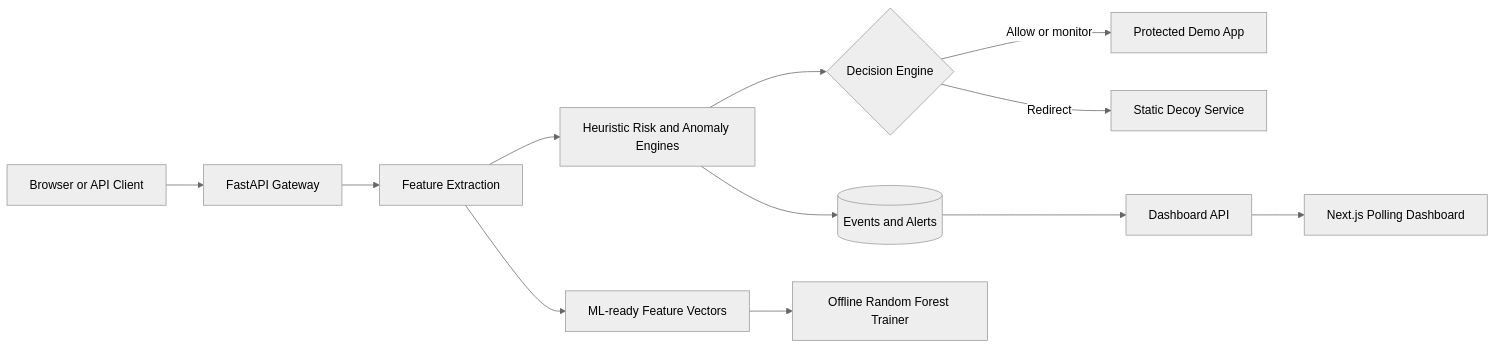
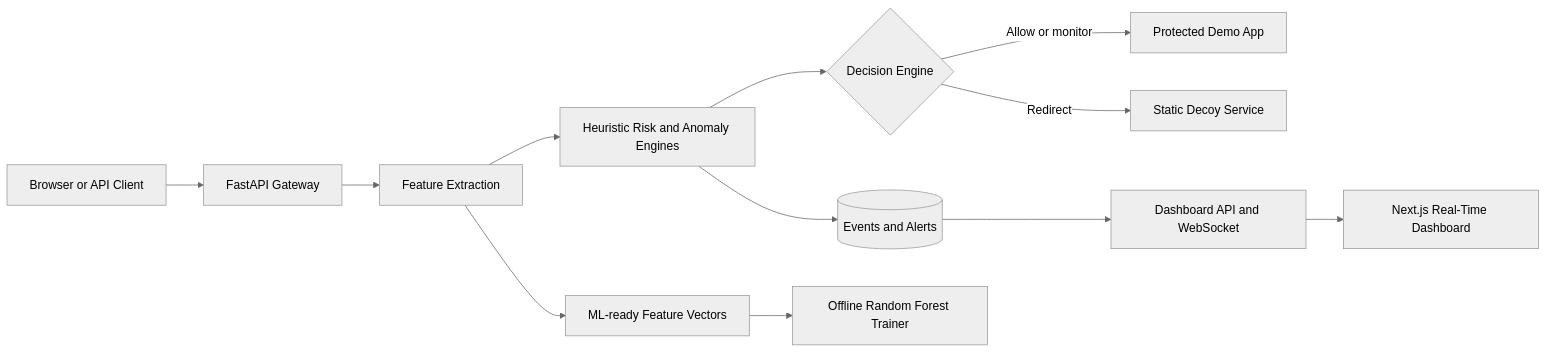
The first of 2 diagrams in docs/architecture.md (rafienajwan/mirage), drawn with Mermaid (neutral theme) before and after one commit. The commit also changed other lines of this file and 6 other files, not shown here.

````diff
--- a/docs/architecture.md
+++ b/docs/architecture.md
@@ -5,14 +5,14 @@
 ```mermaid
 graph LR
     A[Browser or API Client] --> B[FastAPI Gateway]
     B --> C[Feature Extraction]
     C --> D[Heuristic Risk and Anomaly Engines]
     D --> E{Decision Engine}
     E -->|Allow or monitor| F[Protected Demo App]
     E -->|Redirect| G[Static Decoy Service]
     D --> H[(Events and Alerts)]
-    H --> I[Dashboard API]
-    I --> J[Next.js Polling Dashboard]
+    H --> I[Dashboard API and WebSocket]
+    I --> J[Next.js Real-Time Dashboard]
     C --> K[ML-ready Feature Vectors]
     K --> L[Offline Random Forest Trainer]
 ```
````
